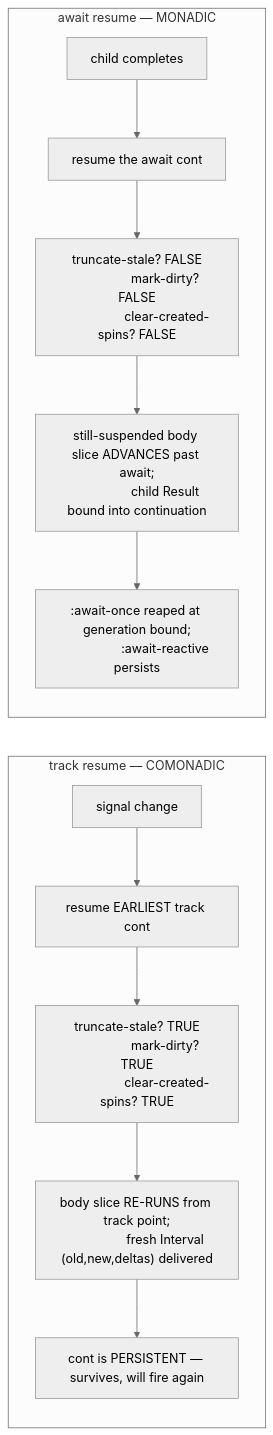
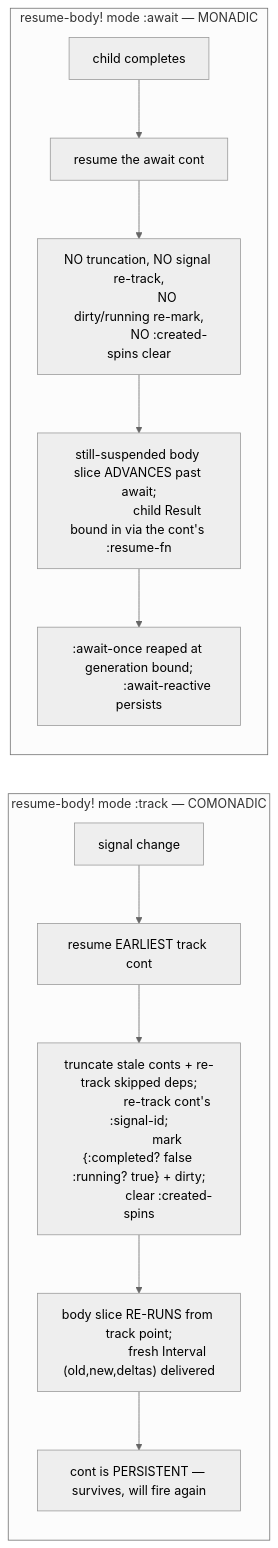
The fourth of 7 diagrams in docs/engine-formalism.md (replikativ/spindel), drawn with Mermaid (neutral theme) before and after one commit. The commit also changed other lines of this file and 4 other files, not shown here.

````diff
--- a/docs/engine-formalism.md
+++ b/docs/engine-formalism.md
@@ -661,22 +694,23 @@
 ```mermaid
 flowchart LR
-    subgraph TRACK["track resume — COMONADIC"]
+    subgraph TRACK["resume-body! mode :track — COMONADIC"]
       T1["signal change"] --> T2["resume EARLIEST track cont"]
-      T2 --> T3["truncate-stale? TRUE
-                 mark-dirty? TRUE
-                 clear-created-spins? TRUE"]
+      T2 --> T3["truncate stale conts + re-track skipped deps;
+                 re-track cont's :signal-id;
+                 mark {:completed? false :running? true} + dirty;
+                 clear :created-spins"]
       T3 --> T4["body slice RE-RUNS from track point;
                  fresh Interval (old,new,deltas) delivered"]
       T4 --> T5["cont is PERSISTENT — survives, will fire again"]
     end
-    subgraph AWAIT["await resume — MONADIC"]
+    subgraph AWAIT["resume-body! mode :await — MONADIC"]
       A1["child completes"] --> A2["resume the await cont"]
-      A2 --> A3["truncate-stale? FALSE
-                 mark-dirty? FALSE
-                 clear-created-spins? FALSE"]
+      A2 --> A3["NO truncation, NO signal re-track,
+                 NO dirty/running re-mark,
+                 NO :created-spins clear"]
       A3 --> A4["still-suspended body slice ADVANCES past await;
-                 child Result bound into continuation"]
+                 child Result bound in via the cont's :resume-fn"]
       A4 --> A5[":await-once reaped at generation bound;
                  :await-reactive persists"]
     end
 ```
````
